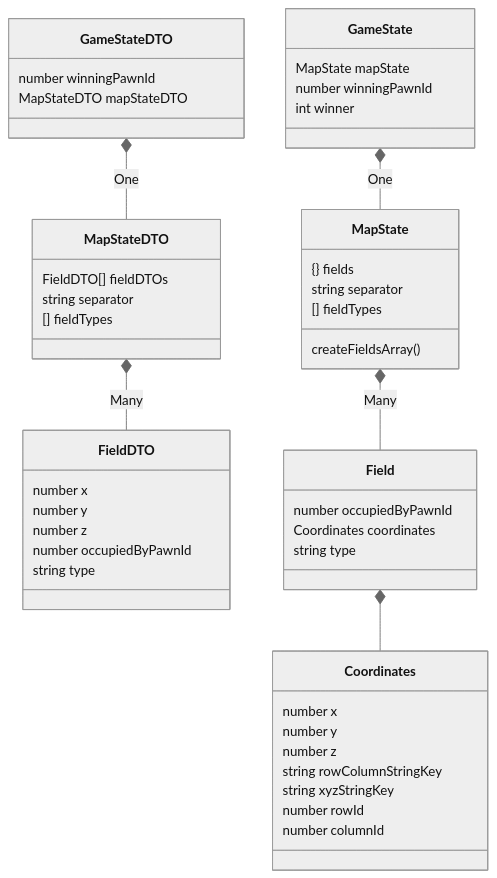
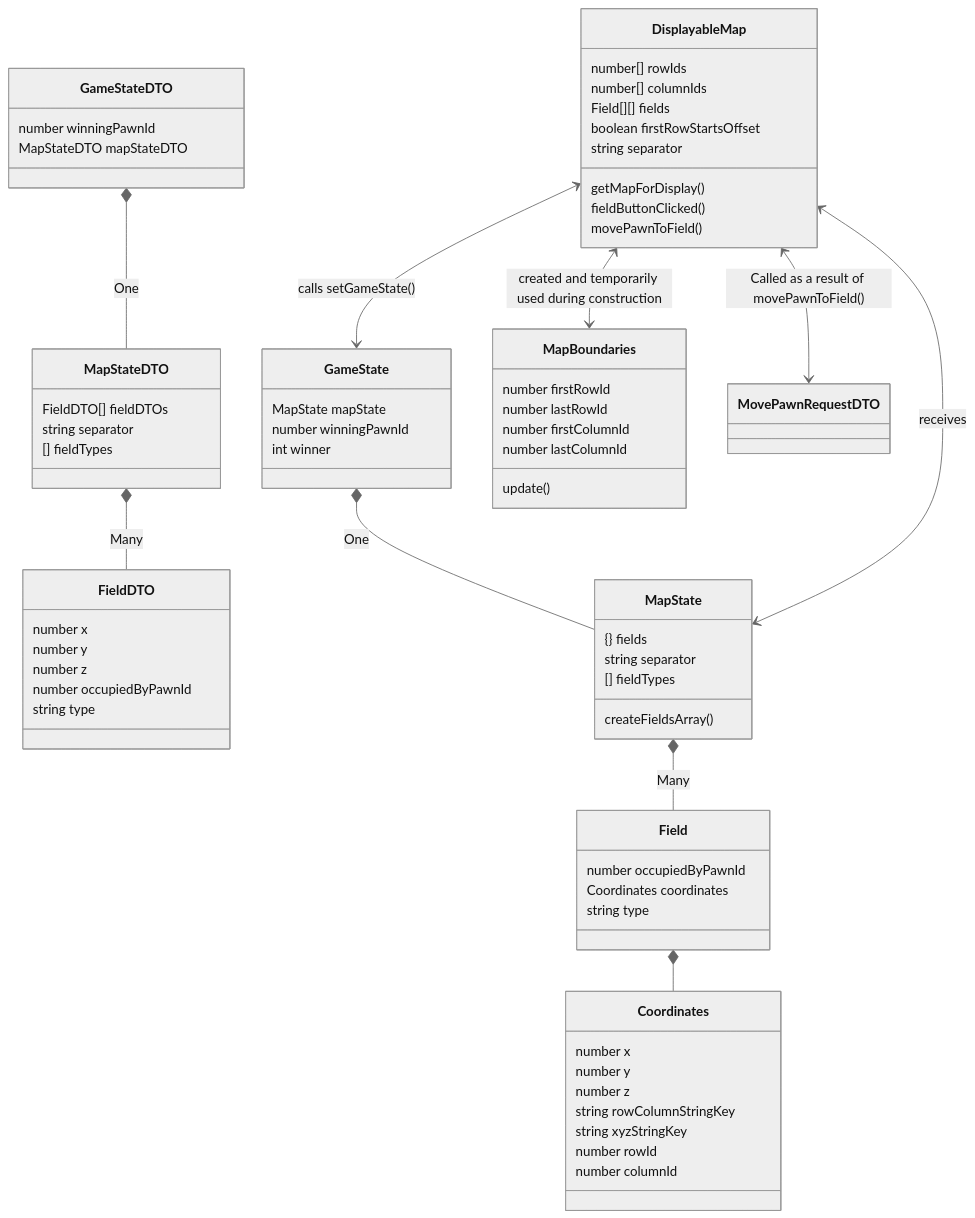
The fourth of 8 diagrams in ARCHITECTURE.md (stijnlinderman/eldorado), drawn with Mermaid (neutral theme) before and after one commit.

````diff
--- a/ARCHITECTURE.md
+++ b/ARCHITECTURE.md
@@ -59,35 +59,52 @@
 ```mermaid
 classDiagram
 	GameStateDTO *-- MapStateDTO : One
 	GameStateDTO : number winningPawnId
 	GameStateDTO : MapStateDTO mapStateDTO
 	MapStateDTO *-- FieldDTO : Many
 	MapStateDTO : FieldDTO[] fieldDTOs
 	MapStateDTO : string separator
 	MapStateDTO : [] fieldTypes
 	FieldDTO : number x
 	FieldDTO : number y
 	FieldDTO : number z
 	FieldDTO : number occupiedByPawnId
 	FieldDTO : string type
 	GameState *-- MapState : One
 	GameState : MapState mapState
 	GameState : number winningPawnId
 	GameState : int winner
 	MapState *-- Field : Many
 	MapState : {} fields
 	MapState : string separator
 	MapState : [] fieldTypes
 	MapState : createFieldsArray()
 	Field *-- Coordinates
 	Field : number occupiedByPawnId
 	Field : Coordinates coordinates
 	Field : string type
 	Coordinates : number x
 	Coordinates : number y
 	Coordinates : number z
 	Coordinates : string rowColumnStringKey
 	Coordinates : string xyzStringKey
 	Coordinates : number rowId
 	Coordinates : number columnId
+	DisplayableMap <--> MapBoundaries : created and temporarily used during construction
+	DisplayableMap : number[] rowIds
+	DisplayableMap : number[] columnIds
+	DisplayableMap : Field[][] fields
+	DisplayableMap : boolean firstRowStartsOffset
+	DisplayableMap : string separator
+	DisplayableMap <--> GameState : calls setGameState()
+	DisplayableMap <--> MapState : receives
+	DisplayableMap : getMapForDisplay()
+	DisplayableMap : fieldButtonClicked()
+	DisplayableMap : movePawnToField()
+	MapBoundaries : update()
+	MapBoundaries : number firstRowId
+	MapBoundaries : number lastRowId
+	MapBoundaries : number firstColumnId
+	MapBoundaries : number lastColumnId
+	DisplayableMap <--> MovePawnRequestDTO : Called as a result of movePawnToField()	
 ```
````
